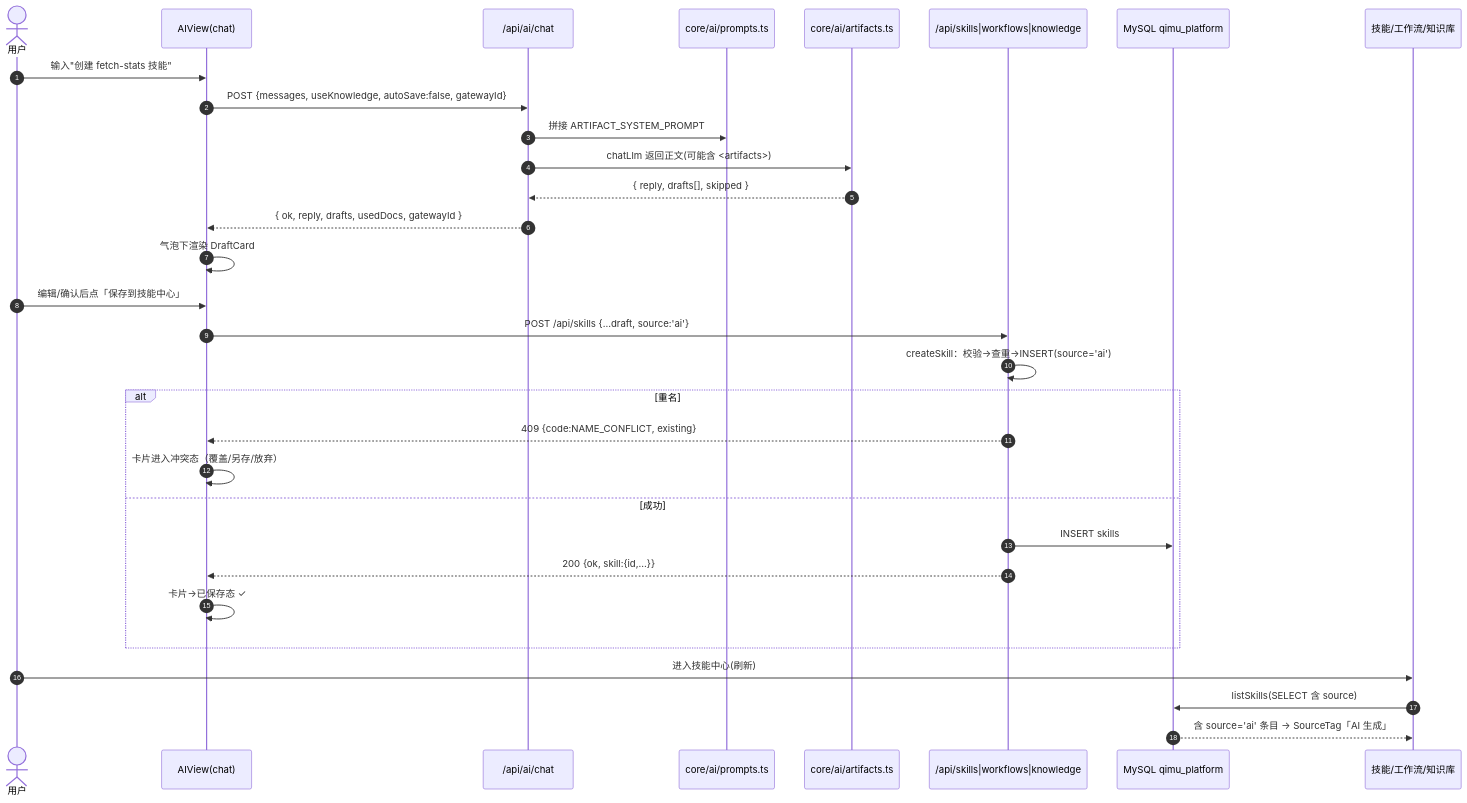
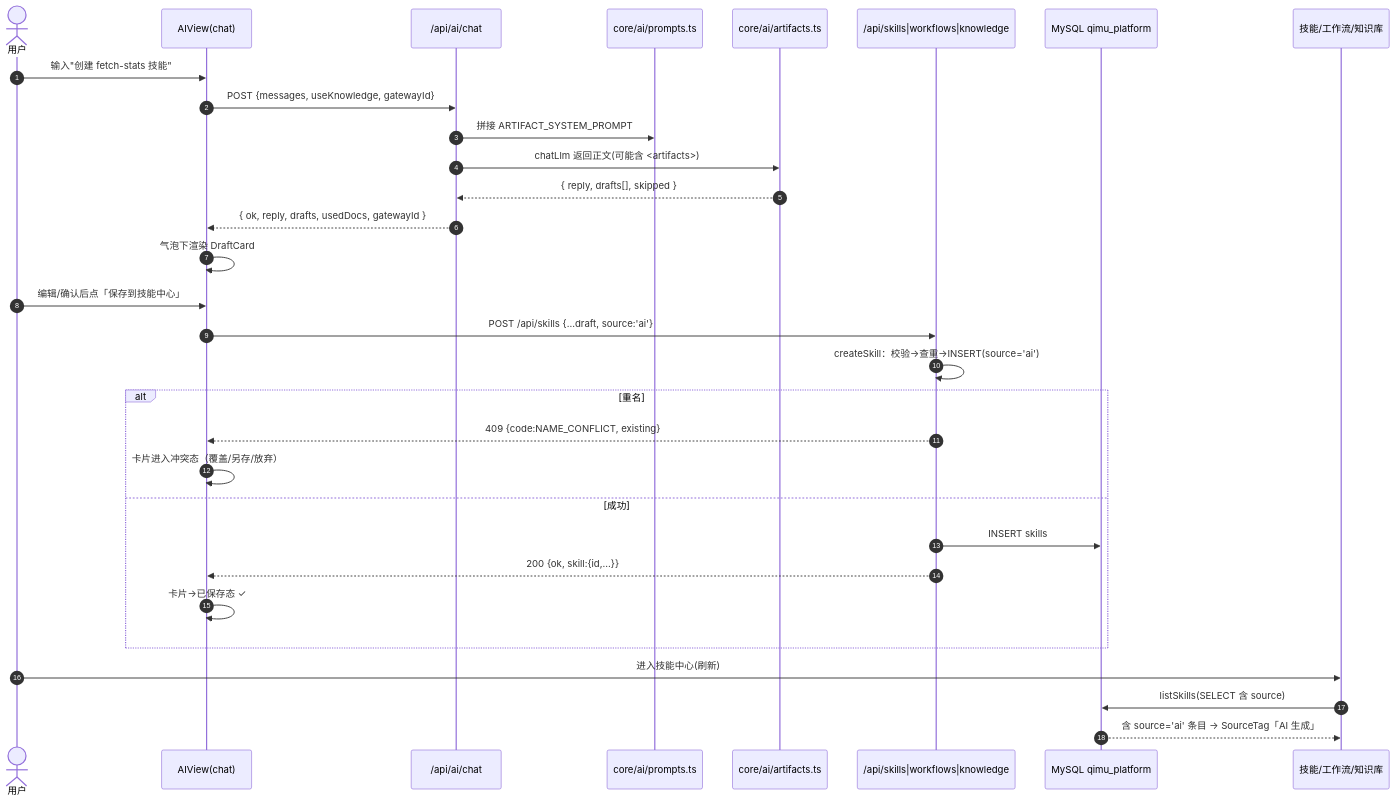
The diagram in qimu-desk/docs/ai-creation-integration/sequence-diagram.mermaid (alonleo/Qimu-Desk-Console), drawn with Mermaid before and after one commit. The commit also changed 32 other files, not shown here.

```diff
--- a/qimu-desk/docs/ai-creation-integration/sequence-diagram.mermaid
+++ b/qimu-desk/docs/ai-creation-integration/sequence-diagram.mermaid
@@ -1,32 +1,32 @@
 sequenceDiagram
     autonumber
     actor U as 用户
     participant V as AIView(chat)
     participant C as /api/ai/chat
     participant P as core/ai/prompts.ts
     participant X as core/ai/artifacts.ts
     participant W as /api/skills|workflows|knowledge
     participant DB as MySQL qimu_platform
     participant T as 技能/工作流/知识库
 
     U->>V: 输入"创建 fetch-stats 技能"
-    V->>C: POST {messages, useKnowledge, autoSave:false, gatewayId}
+    V->>C: POST {messages, useKnowledge, gatewayId}
     C->>P: 拼接 ARTIFACT_SYSTEM_PROMPT
     C->>X: chatLlm 返回正文(可能含 <artifacts>)
     X-->>C: { reply, drafts[], skipped }
     C-->>V: { ok, reply, drafts, usedDocs, gatewayId }
     V->>V: 气泡下渲染 DraftCard
     U->>V: 编辑/确认后点「保存到技能中心」
     V->>W: POST /api/skills {…draft, source:'ai'}
     W->>W: createSkill：校验→查重→INSERT(source='ai')
     alt 重名
         W-->>V: 409 {code:NAME_CONFLICT, existing}
         V->>V: 卡片进入冲突态（覆盖/另存/放弃）
     else 成功
         W->>DB: INSERT skills
         W-->>V: 200 {ok, skill:{id,…}}
         V->>V: 卡片→已保存态 ✓ #id
     end
     U->>T: 进入技能中心(刷新)
     T->>DB: listSkills(SELECT 含 source)
     DB-->>T: 含 source='ai' 条目 → SourceTag「AI 生成」
```
